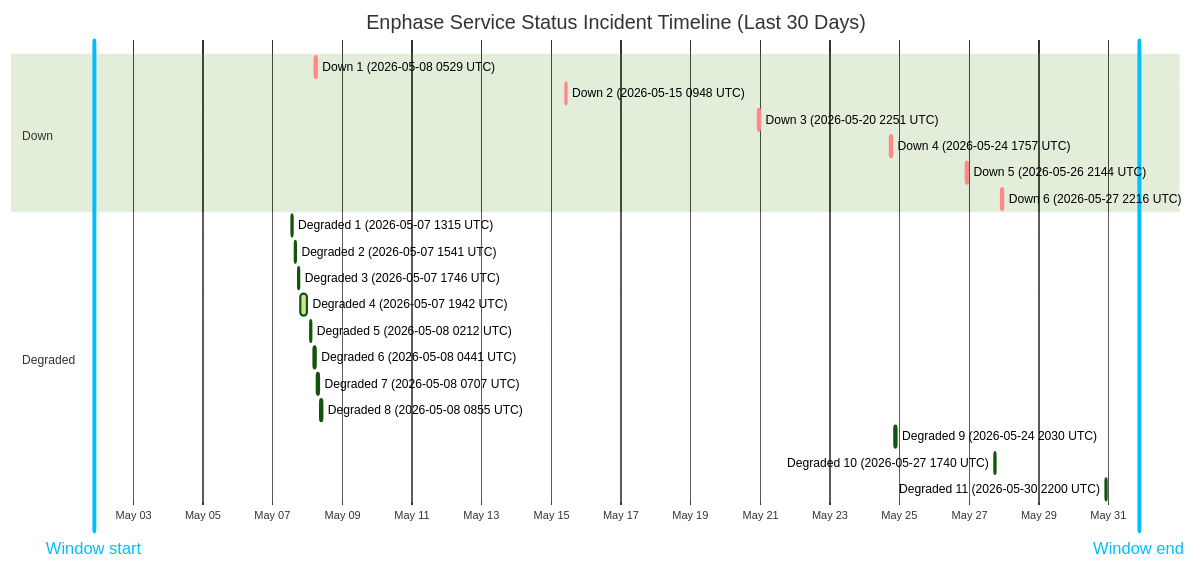
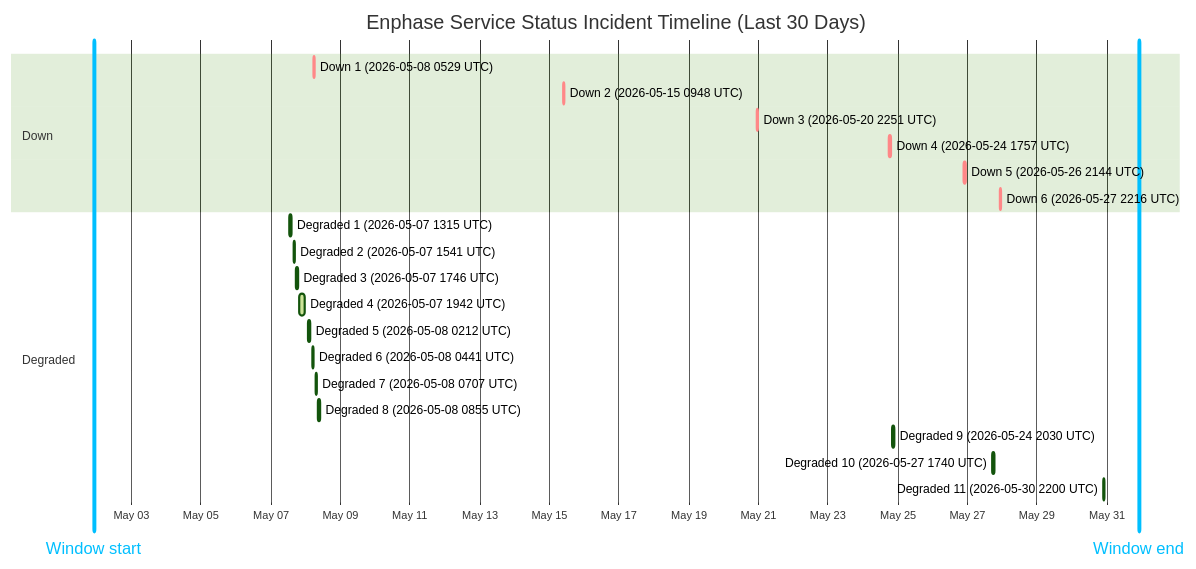
One commit to barneyonline/ha-enphase-ev-charger changed the diagram in wiki/Service-Status-History.md. Above: the diagram before and after it, drawn with Mermaid (forest theme). The commit also changed other lines of this file and 3 other files, not shown here.

````diff
--- a/wiki/Service-Status-History.md
+++ b/wiki/Service-Status-History.md
@@ -14,27 +14,27 @@
 ```mermaid
 gantt
     title Enphase Service Status Incident Timeline (Last 30 Days)
     dateFormat  YYYY-MM-DDTHH:mm:ss
     axisFormat  %b %d
-    Window start :vert, window-start, 2026-05-01T20:58:43, 0ms
-    Window end :vert, window-end, 2026-05-31T20:58:43, 0ms
+    Window start :vert, window-start, 2026-05-01T22:07:58, 0ms
+    Window end :vert, window-end, 2026-05-31T22:07:58, 0ms
     section Down
     Down 1 (2026-05-08 0529 UTC) :crit, down-1, 2026-05-08T05:29:47, 60m
     Down 2 (2026-05-15 0948 UTC) :crit, down-2, 2026-05-15T09:48:18, 60m
     Down 3 (2026-05-20 2251 UTC) :crit, down-3, 2026-05-20T22:51:14, 75m
     Down 4 (2026-05-24 1757 UTC) :crit, down-4, 2026-05-24T17:57:41, 86m
     Down 5 (2026-05-26 2144 UTC) :crit, down-5, 2026-05-26T21:44:11, 85m
     Down 6 (2026-05-27 2216 UTC) :crit, down-6, 2026-05-27T22:16:53, 87m
     section Degraded
     Degraded 1 (2026-05-07 1315 UTC) :active, degraded-1, 2026-05-07T13:15:25, 60m
     Degraded 2 (2026-05-07 1541 UTC) :active, degraded-2, 2026-05-07T15:41:58, 60m
     Degraded 3 (2026-05-07 1746 UTC) :active, degraded-3, 2026-05-07T17:46:51, 60m
     Degraded 4 (2026-05-07 1942 UTC) :active, degraded-4, 2026-05-07T19:42:10, 249m
     Degraded 5 (2026-05-08 0212 UTC) :active, degraded-5, 2026-05-08T02:12:39, 60m
     Degraded 6 (2026-05-08 0441 UTC) :active, degraded-6, 2026-05-08T04:41:46, 60m
     Degraded 7 (2026-05-08 0707 UTC) :active, degraded-7, 2026-05-08T07:07:30, 60m
     Degraded 8 (2026-05-08 0855 UTC) :active, degraded-8, 2026-05-08T08:55:20, 88m
     Degraded 9 (2026-05-24 2030 UTC) :active, degraded-9, 2026-05-24T20:30:57, 84m
     Degraded 10 (2026-05-27 1740 UTC) :active, degraded-10, 2026-05-27T17:40:52, 60m
     Degraded 11 (2026-05-30 2200 UTC) :active, degraded-11, 2026-05-30T22:00:37, 60m
 ```
````
